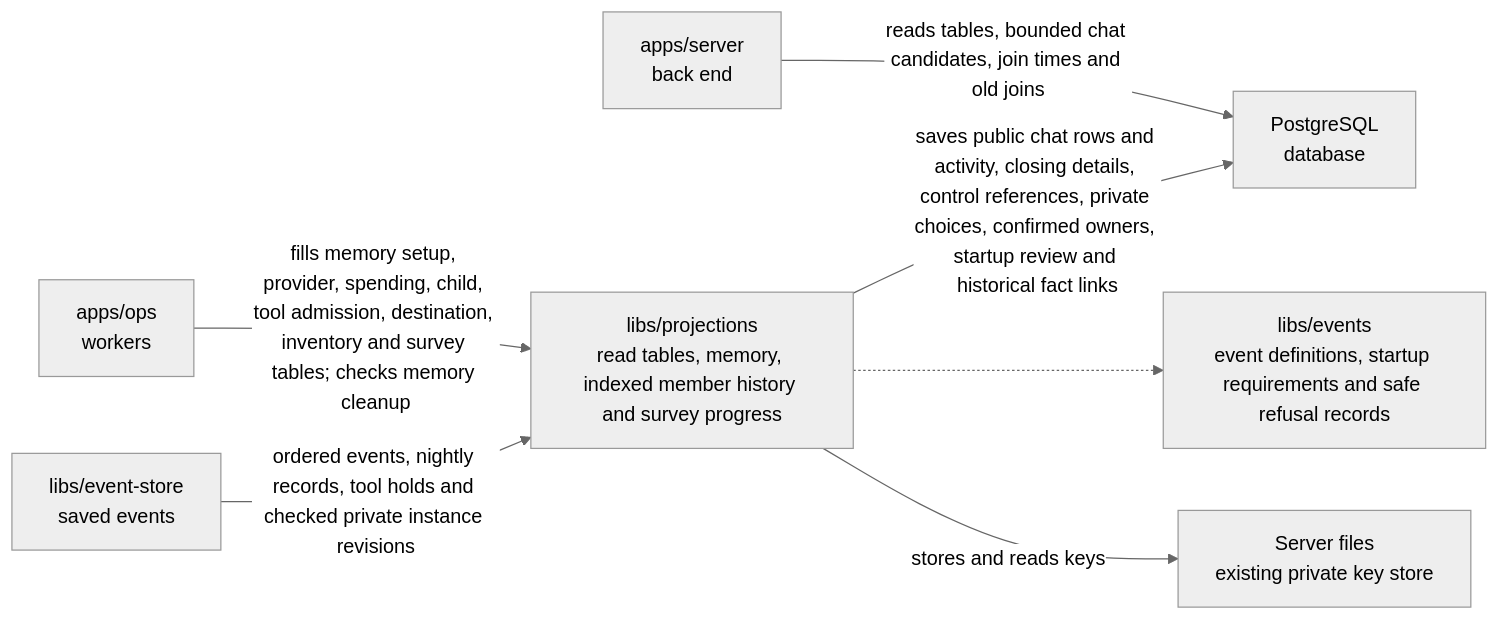
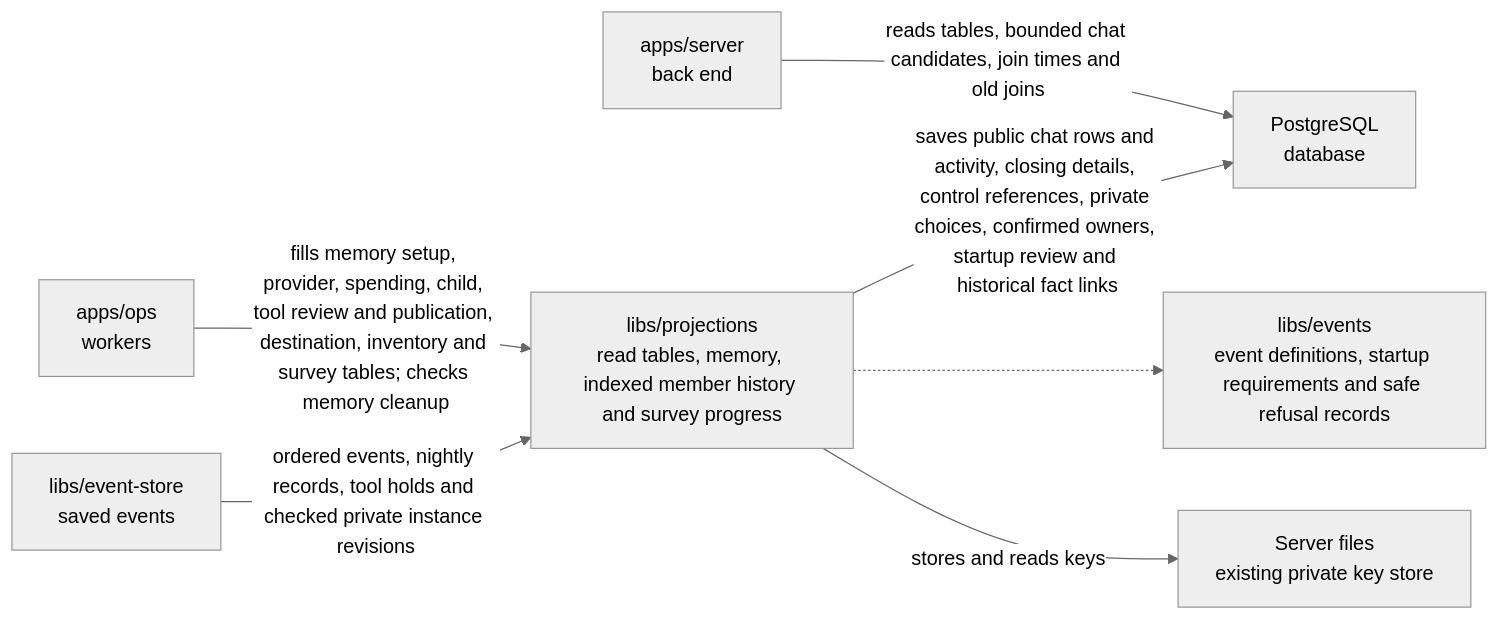
Before and after one commit to elewa-git/opencrane-new: the diagram in libs/projections/README.md, drawn with Mermaid (neutral theme). The commit also changed other lines of this file and 24 other files, not shown here.

````diff
--- a/libs/projections/README.md
+++ b/libs/projections/README.md
@@ -23,9 +23,9 @@
 ```mermaid
 flowchart LR
-  ops["apps/ops<br/>workers"] -->|fills memory setup, provider, spending, child, tool admission, destination, inventory and survey tables; checks memory cleanup| projections["libs/projections<br/>read tables, memory, indexed member history and survey progress"]
+  ops["apps/ops<br/>workers"] -->|fills memory setup, provider, spending, child, tool review and publication, destination, inventory and survey tables; checks memory cleanup| projections["libs/projections<br/>read tables, memory, indexed member history and survey progress"]
   server["apps/server<br/>back end"] -->|reads tables, bounded chat candidates, join times and old joins| pg["PostgreSQL<br/>database"]
   projections -->|saves public chat rows and activity, closing details, control references, private choices, confirmed owners, startup review and historical fact links| pg
   store["libs/event-store<br/>saved events"] -->|ordered events, nightly records, tool holds and checked private instance revisions| projections
   projections -.-> events["libs/events<br/>event definitions, startup requirements and safe refusal records"]
   projections -->|stores and reads keys| keys["Server files<br/>existing private key store"]
 ```
````
